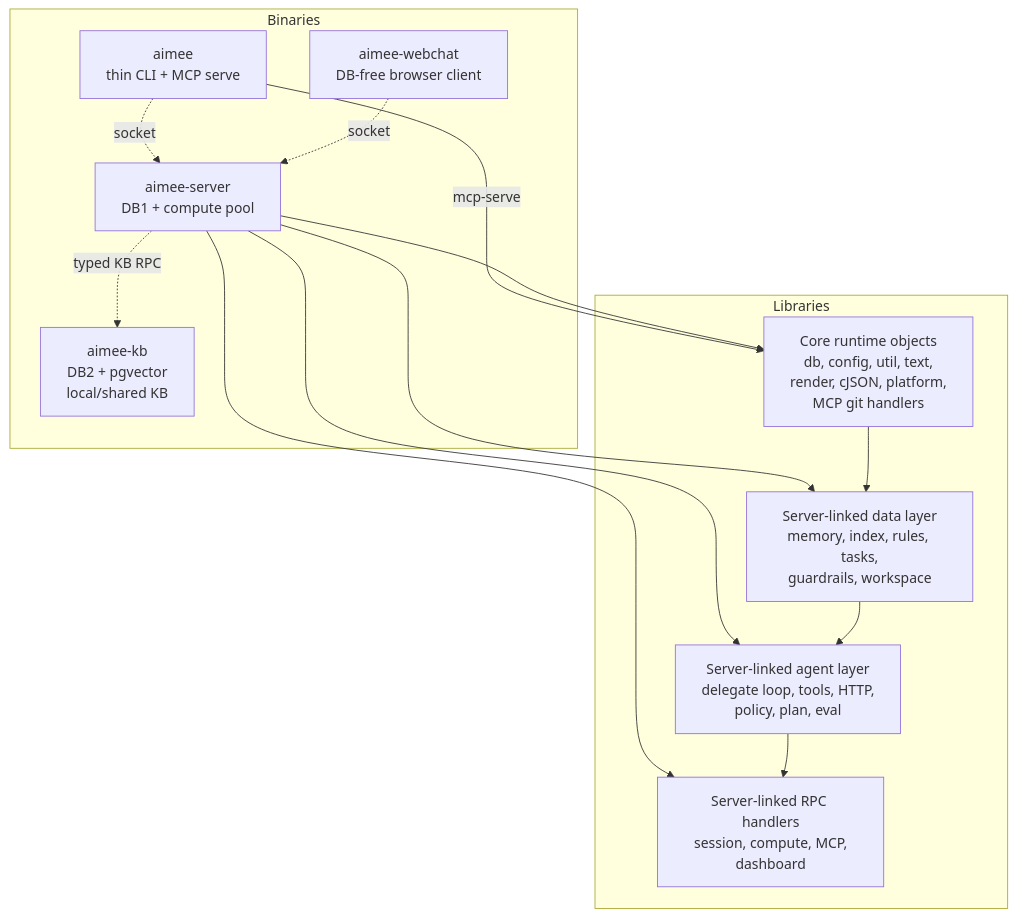
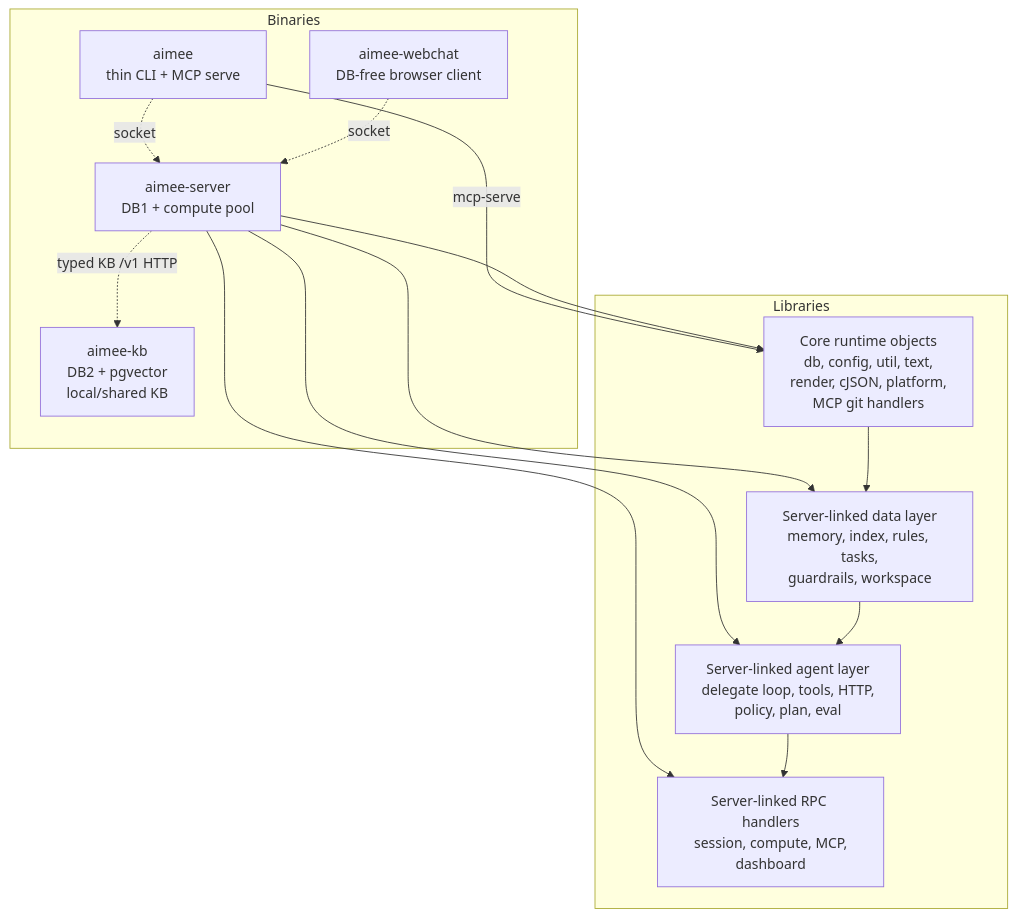
Before and after one commit to AsobaCloud/nehanda-cli: the ninth of 9 diagrams in src/README.md, drawn with Mermaid. The commit also changed other lines of this file and 6 other files, not shown here.

````diff
--- a/src/README.md
+++ b/src/README.md
@@ -472,28 +472,28 @@
 ```mermaid
 graph TD
     subgraph Binaries
         Client["aimee<br/>thin CLI + MCP serve"]
         Webchat["aimee-webchat<br/>DB-free browser client"]
         Server["aimee-server<br/>DB1 + compute pool"]
         KB["aimee-kb<br/>DB2 + pgvector<br/>local/shared KB"]
     end
 
     subgraph Libraries
         Core["Core runtime objects<br/>db, config, util, text,<br/>render, cJSON, platform,<br/>MCP git handlers"]
         Data["Server-linked data layer<br/>memory, index, rules, tasks,<br/>guardrails, workspace"]
         Agent["Server-linked agent layer<br/>delegate loop, tools, HTTP,<br/>policy, plan, eval"]
         Cmd["Server-linked RPC handlers<br/>session, compute, MCP,<br/>dashboard"]
     end
 
     Client -.->|socket| Server
     Webchat -.->|socket| Server
     Client -->|mcp-serve| Core
     Server --> Core
     Server --> Data
     Server --> Agent
     Server --> Cmd
-    Server -.->|typed KB RPC| KB
+    Server -.->|typed KB /v1 HTTP| KB
     Core --> Data
     Data --> Agent
     Agent --> Cmd
 ```
````
